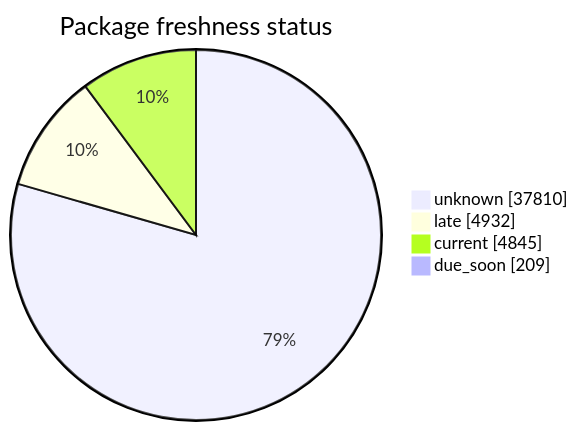
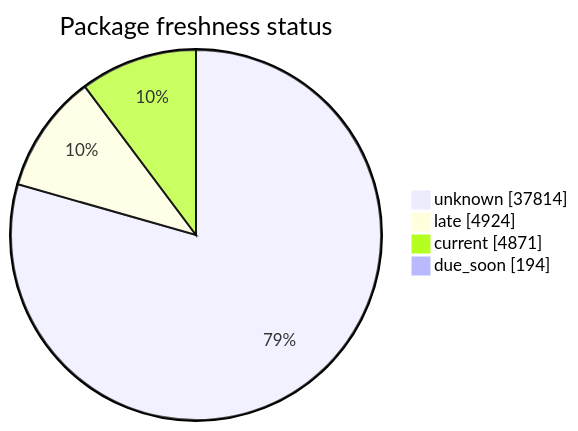
The second of 5 diagrams in FreshCheck/README.md (open-data/analytics-corporate-reporting), drawn with Mermaid before and after one commit. The commit also changed other lines of this file and 3 other files, not shown here.

````diff
--- a/FreshCheck/README.md
+++ b/FreshCheck/README.md
@@ -68,7 +68,7 @@
 ```mermaid
 pie showData title Package freshness status
-    "unknown": 37810
-    "late": 4932
-    "current": 4845
-    "due_soon": 209
+    "unknown": 37814
+    "late": 4924
+    "current": 4871
+    "due_soon": 194
 ```
````
